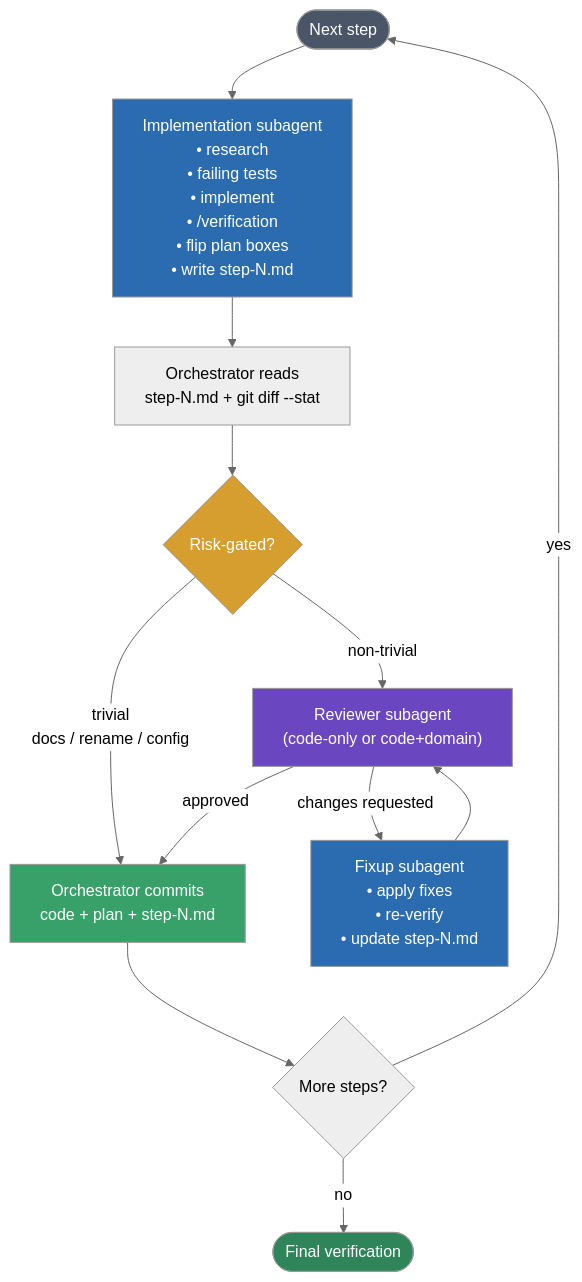
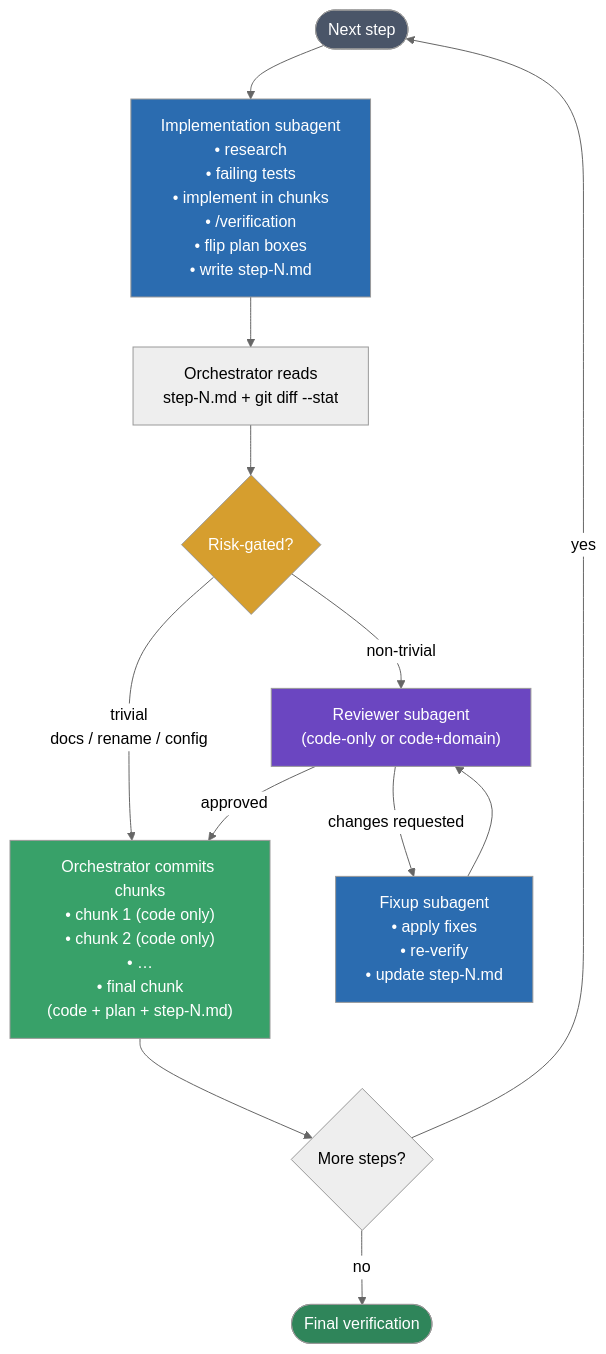
The second of 2 diagrams in README.md (POPFD/claude-sweatshop), drawn with Mermaid (neutral theme) before and after one commit. The commit also changed other lines of this file and 3 other files, not shown here.

First line of the commit message:
skills: Chunk each plan step into smaller human-readable commits

````diff
--- a/README.md
+++ b/README.md
@@ -106,22 +106,22 @@
 ```mermaid
 flowchart TD
-    Start(["Next step"]) --> Impl["Implementation subagent<br/>• research<br/>• failing tests<br/>• implement<br/>• /verification<br/>• flip plan boxes<br/>• write step-N.md"]
+    Start(["Next step"]) --> Impl["Implementation subagent<br/>• research<br/>• failing tests<br/>• implement in chunks<br/>• /verification<br/>• flip plan boxes<br/>• write step-N.md"]
     Impl --> Read["Orchestrator reads<br/>step-N.md + git diff --stat"]
     Read --> Risk{"Risk-gated?"}
     Risk -->|trivial<br/>docs / rename / config| Commit
     Risk -->|non-trivial| Review["Reviewer subagent<br/>(code-only or code+domain)"]
-    Review -->|approved| Commit["Orchestrator commits<br/>code + plan + step-N.md"]
+    Review -->|approved| Commit["Orchestrator commits chunks<br/>• chunk 1 (code only)<br/>• chunk 2 (code only)<br/>• …<br/>• final chunk<br/>(code + plan + step-N.md)"]
     Review -->|changes requested| Fix["Fixup subagent<br/>• apply fixes<br/>• re-verify<br/>• update step-N.md"]
     Fix --> Review
     Commit --> Next{"More steps?"}
     Next -->|yes| Start
     Next -->|no| Done(["Final verification"])
 
     style Start fill:#4a5568,color:#fff
     style Impl fill:#2b6cb0,color:#fff
     style Review fill:#6b46c1,color:#fff
     style Fix fill:#2b6cb0,color:#fff
     style Risk fill:#d69e2e,color:#fff
     style Commit fill:#38a169,color:#fff
     style Done fill:#2f855a,color:#fff
 ```
````
